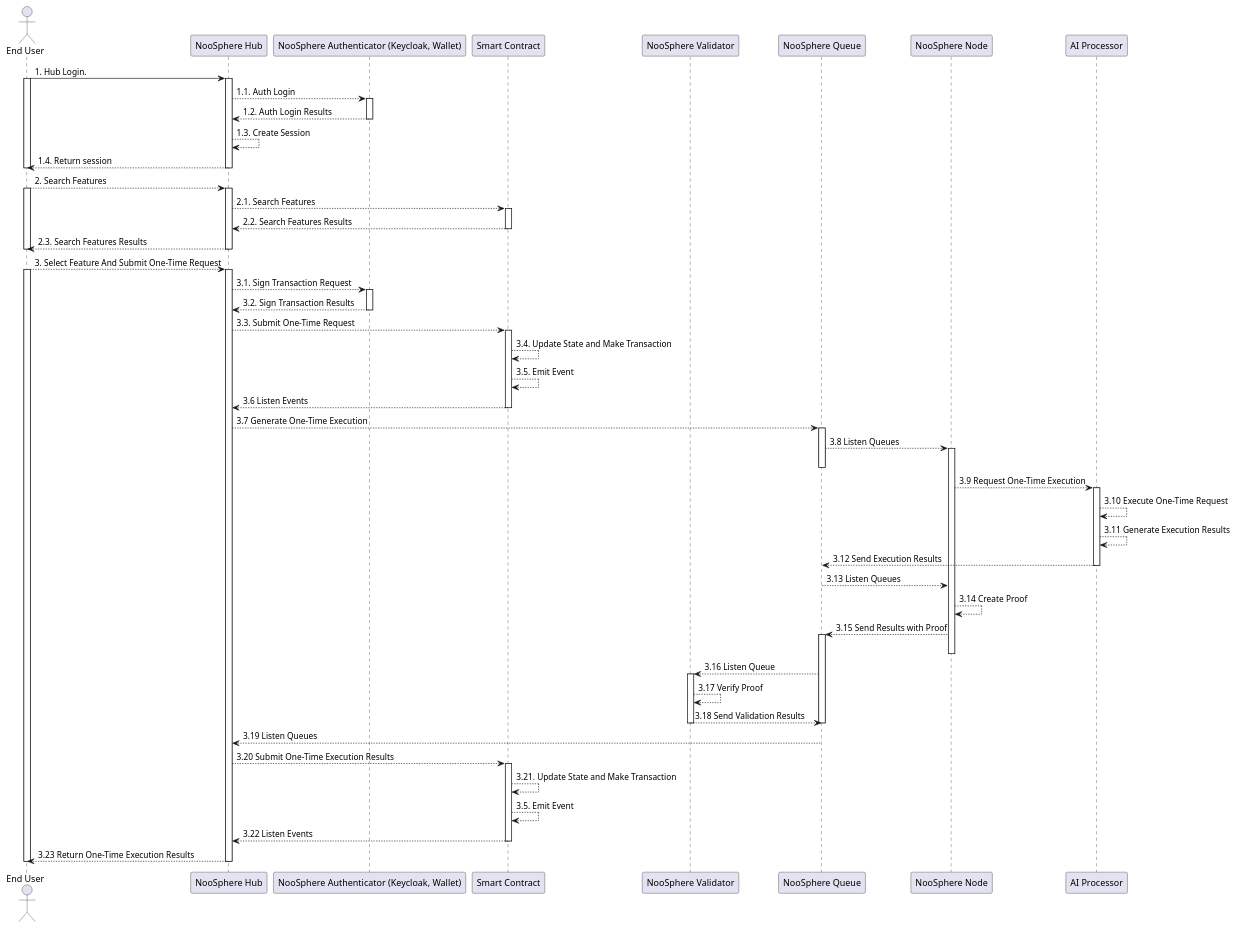
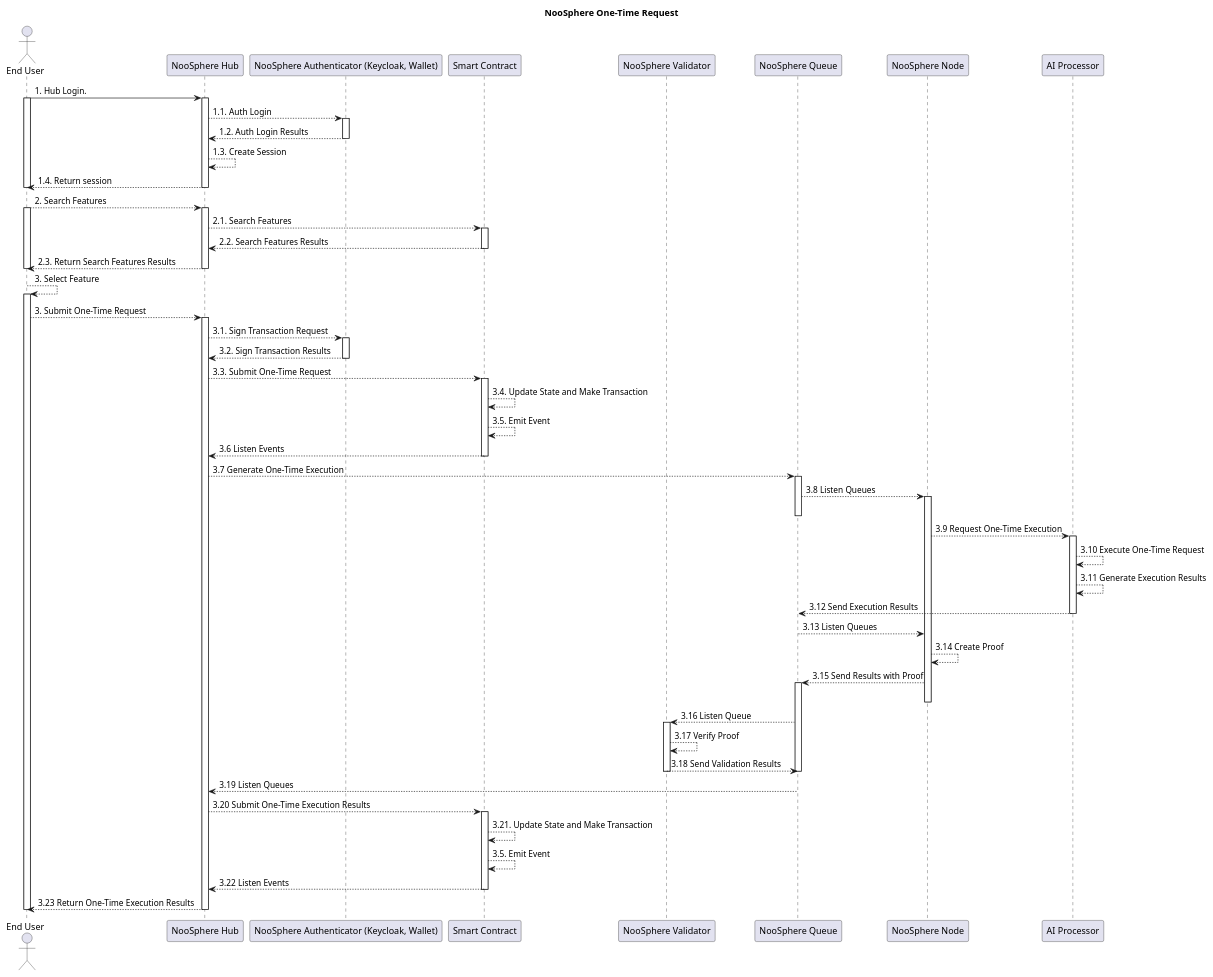
The diagram in NooSphere_Sequence_2.puml (hpp-io/noosphere), drawn with PlantUML before and after one commit. The commit also changed 1 other file, not shown here.

Commit message:
HPPS-33 added sequence diagram for register feature

```diff
--- a/NooSphere_Sequence_2.puml
+++ b/NooSphere_Sequence_2.puml
@@ -1,77 +1,82 @@
 @startuml
+
+title
+NooSphere One-Time Request
+end title
 
 
 actor "End User" as User
 participant "NooSphere Hub" as Hub
 participant "NooSphere Authenticator (Keycloak, Wallet)" as Auth
 participant "Smart Contract" as Contract
 participant "NooSphere Validator" as Validator
 participant "NooSphere Queue" as Queue
 participant "NooSphere Node" as Node
 participant "AI Processor" as AI
 
 
 User -> Hub ++: 1. Hub Login.
 User++
 Hub --> Auth ++: 1.1. Auth Login
 Auth--> Hub : 1.2. Auth Login Results
 deactivate Auth
 Hub --> Hub: 1.3. Create Session
 Hub --> User: 1.4. Return session
 deactivate User
 deactivate Hub
 
 
 User --> Hub++: 2. Search Features
 User++
 Hub --> Contract++: 2.1. Search Features
 Contract --> Hub: 2.2. Search Features Results
 deactivate Contract
-Hub --> User: 2.3. Search Features Results
+Hub --> User: 2.3. Return Search Features Results
 deactivate User
 deactivate Hub
 
-User --> Hub++: 3. Select Feature And Submit One-Time Request
-User++
+
+User --> User++: 3. Select Feature
+User --> Hub++: 3. Submit One-Time Request
 Hub --> Auth++: 3.1. Sign Transaction Request
 Auth --> Hub: 3.2. Sign Transaction Results
 deactivate Auth
 Hub --> Contract++: 3.3. Submit One-Time Request
 Contract --> Contract: 3.4. Update State and Make Transaction
 Contract --> Contract: 3.5. Emit Event
 Contract --> Hub: 3.6 Listen Events
 deactivate Contract
 Hub --> Queue++: 3.7 Generate One-Time Execution
 Queue --> Node++: 3.8 Listen Queues
 deactivate Queue
 Node --> AI++: 3.9 Request One-Time Execution
 AI --> AI: 3.10 Execute One-Time Request
 AI --> AI: 3.11 Generate Execution Results
 AI --> Queue: 3.12 Send Execution Results
 deactivate AI
 Queue --> Node: 3.13 Listen Queues
 Node --> Node: 3.14 Create Proof
 Node --> Queue++: 3.15 Send Results with Proof
 deactivate Node
 
 Queue --> Validator++: 3.16 Listen Queue
 Validator --> Validator: 3.17 Verify Proof
 Validator --> Queue: 3.18 Send Validation Results
 deactivate Validator
 deactivate Queue
 
 Queue --> Hub: 3.19 Listen Queues
 Hub --> Contract++: 3.20 Submit One-Time Execution Results
 Contract --> Contract: 3.21. Update State and Make Transaction
 Contract --> Contract: 3.5. Emit Event
 Contract --> Hub: 3.22 Listen Events
 deactivate Contract
 Hub --> User: 3.23 Return One-Time Execution Results
 
 deactivate Contract
 deactivate User
 deactivate Hub
 
 
 
 @enduml
```
